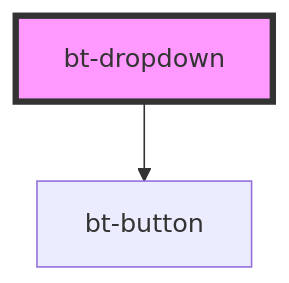
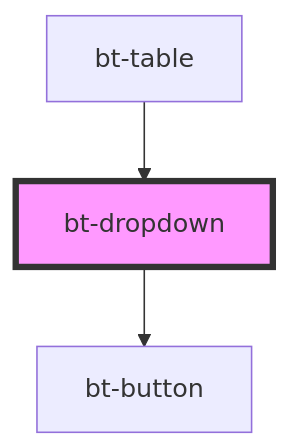
One commit to scbigtech/components changed the diagram in src/components/bt-dropdown/readme.md. Above: the diagram before and after it, drawn with Mermaid. The commit also changed other lines of this file and 14 other files, not shown here.

````diff
--- a/src/components/bt-dropdown/readme.md
+++ b/src/components/bt-dropdown/readme.md
@@ -29,5 +36,6 @@
 ```mermaid
 graph TD;
   bt-dropdown --> bt-button
+  bt-table --> bt-dropdown
   style bt-dropdown fill:#f9f,stroke:#333,stroke-width:4px
 ```
````
